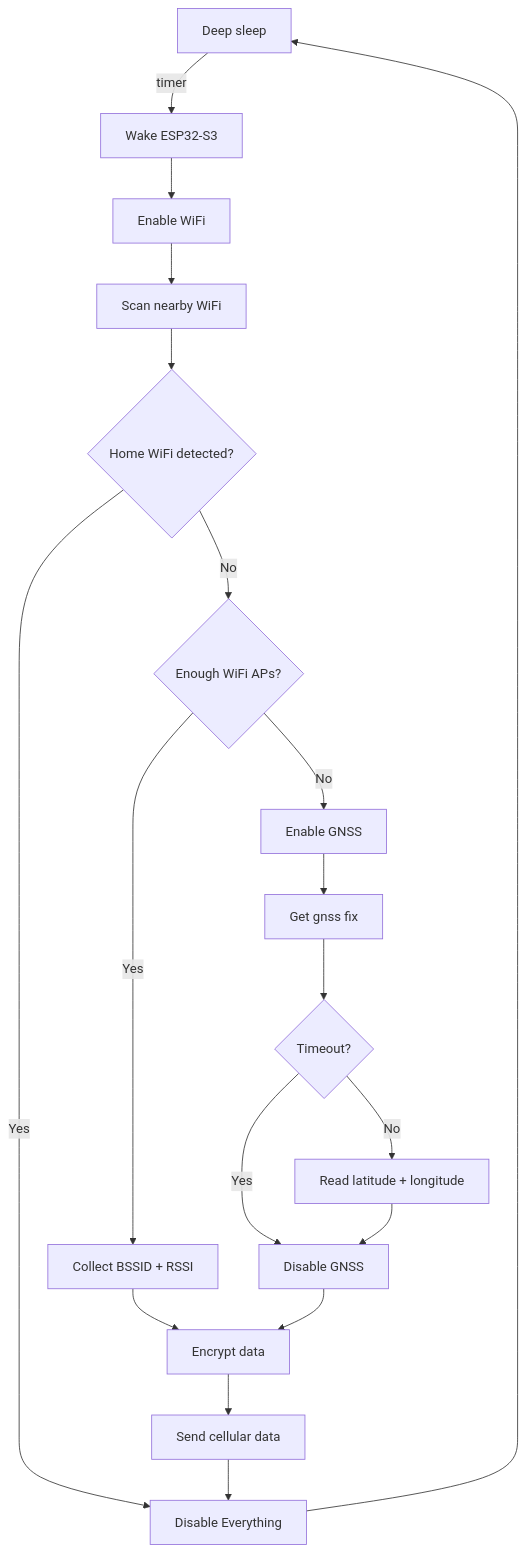
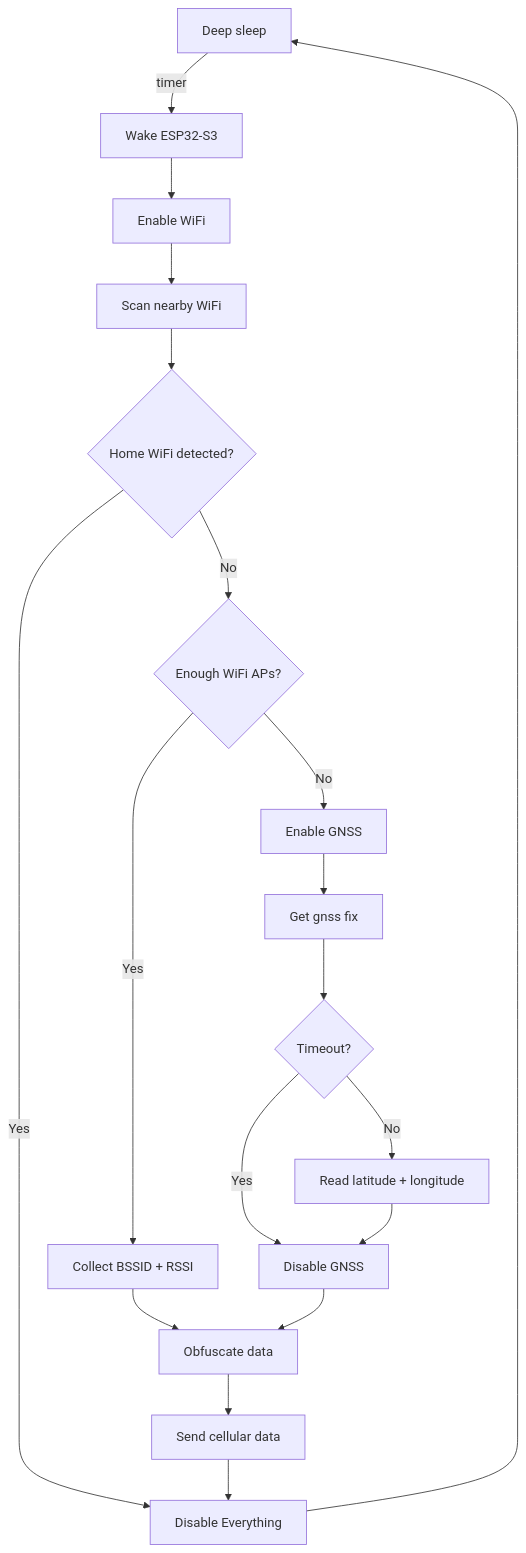
The diagram in docs/software.md (marph91/marphs-tracker), drawn with Mermaid before and after one commit. The commit also changed 3 other files, not shown here.

````diff
--- a/docs/software.md
+++ b/docs/software.md
@@ -5,27 +5,27 @@
 ```mermaid
 flowchart TD
     sleep -->|"timer"| wake["Wake ESP32-S3"]
 
     wake --> enable_wifi["Enable WiFi"]
     enable_wifi --> scan_wifi["Scan nearby WiFi"]
 
     scan_wifi --> E{"Home WiFi detected?"}
 
     E -->|"Yes"| disable["Disable Everything"]
     disable --> sleep["Deep sleep"]
 
     E -->|"No"| H{"Enough WiFi APs?"}
 
     H -->|"Yes"| I["Collect BSSID + RSSI"]
-    I --> encrypt[Encrypt data]
+    I --> encrypt[Obfuscate data]
     encrypt --> send["Send cellular data"]
     send --> disable
 
     H -->|"No"| L["Enable GNSS"]
     L --> get_gnss_fix["Get gnss fix"]
     get_gnss_fix --> gnss_timeout{"Timeout?"}
     gnss_timeout -->|"No"| read_gnss_data["Read latitude + longitude"]
     gnss_timeout -->|"Yes"| disable_gnss
     read_gnss_data --> disable_gnss["Disable GNSS"]
     disable_gnss --> encrypt
 ```
````
